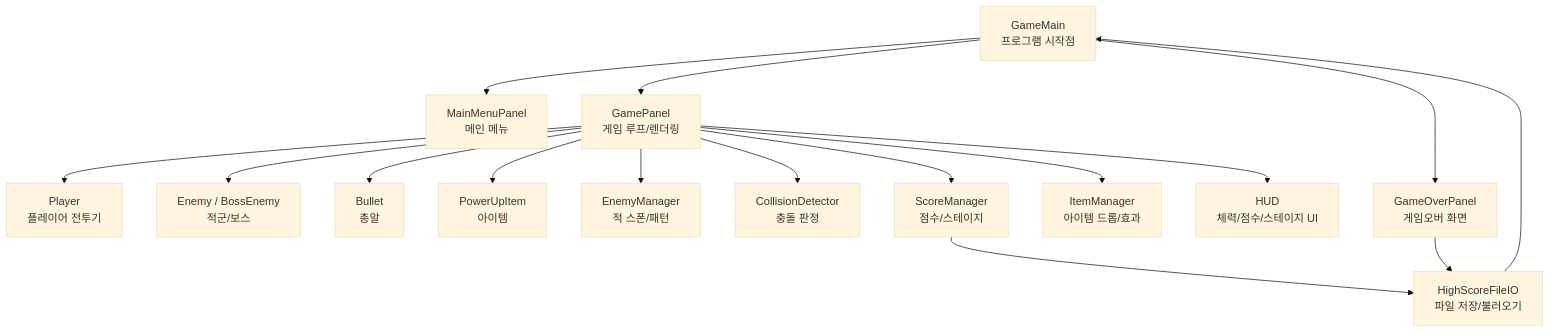
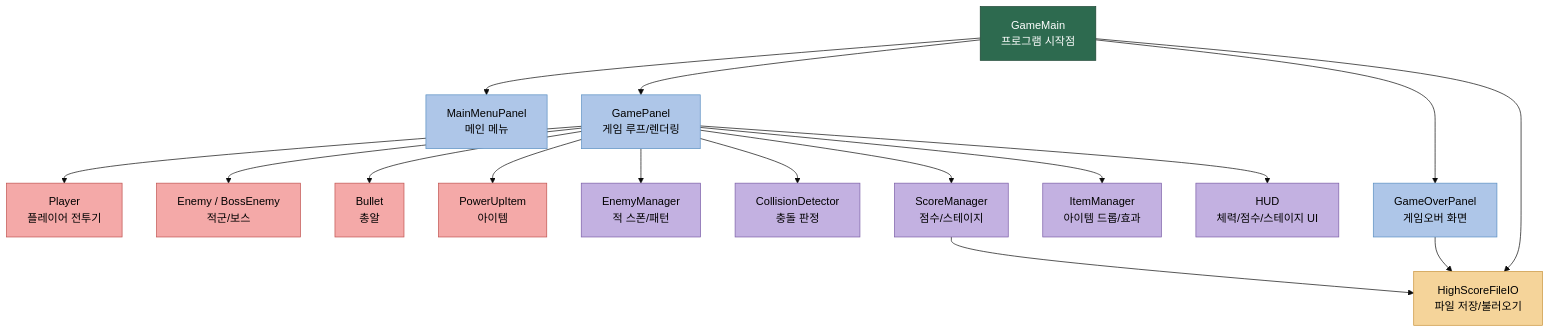
One commit to 2026javaproject/2026javaproject changed the diagram in 2_프로젝트구조및역할분담/README.md. Above: the diagram before and after it, drawn with Mermaid (base theme).

Commit message:
Refactor flowchart for game structure in README
N[HighScoreFileIO] --> A

 A --> N, K --> N, D --> N
화살표 방향 수정

````diff
--- a/2_프로젝트구조및역할분담/README.md
+++ b/2_프로젝트구조및역할분담/README.md
@@ -43,21 +43,30 @@
 ```mermaid
 flowchart TD
     A[GameMain<br/>프로그램 시작점] --> B[MainMenuPanel<br/>메인 메뉴]
     A --> C[GamePanel<br/>게임 루프/렌더링]
     A --> D[GameOverPanel<br/>게임오버 화면]
-
     C --> E[Player<br/>플레이어 전투기]
     C --> F[Enemy / BossEnemy<br/>적군/보스]
     C --> G[Bullet<br/>총알]
     C --> H[PowerUpItem<br/>아이템]
-
     C --> I[EnemyManager<br/>적 스폰/패턴]
     C --> J[CollisionDetector<br/>충돌 판정]
     C --> K[ScoreManager<br/>점수/스테이지]
     C --> L[ItemManager<br/>아이템 드롭/효과]
     C --> M[HUD<br/>체력/점수/스테이지 UI]
+    K --> N[HighScoreFileIO<br/>파일 저장/불러오기]
+    A --> N
+    D --> N
 
-    N[HighScoreFileIO<br/>파일 저장/불러오기] --> A
-    K --> N
-    D --> N
+    classDef entry fill:#2d6a4f,stroke:#1b4332,color:#fff
+    classDef screen fill:#aec6e8,stroke:#5a8fc2,color:#000
+    classDef entity fill:#f4a9a8,stroke:#c0524f,color:#000
+    classDef component fill:#c3b1e1,stroke:#7b5ea7,color:#000
+    classDef dataio fill:#f5d49a,stroke:#c9933a,color:#000
+
+    class A entry
+    class B,C,D screen
+    class E,F,G,H entity
+    class I,J,K,L,M component
+    class N dataio
 ```
````
